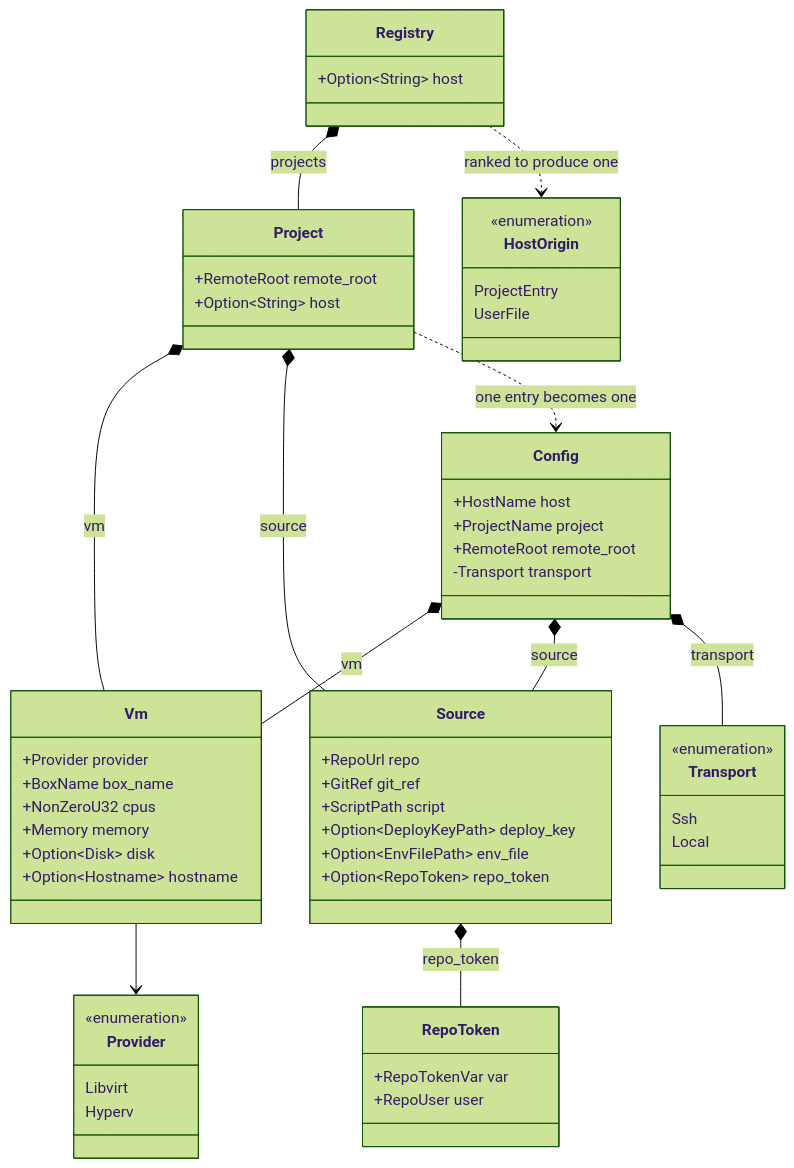
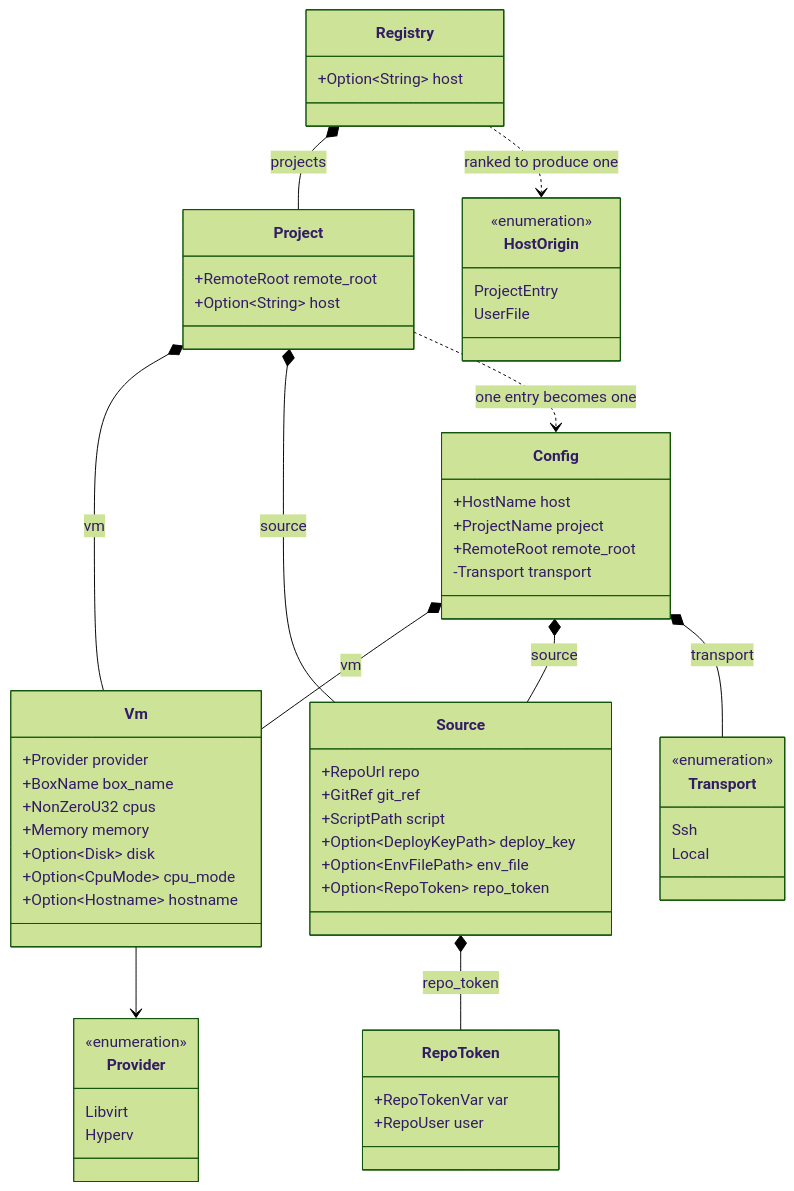
One commit to breki/bombyx changed the third of 6 diagrams in docs/architecture.md. Above: the diagram before and after it, drawn with Mermaid (forest theme). The commit also changed 5 other files, not shown here.

````diff
--- a/docs/architecture.md
+++ b/docs/architecture.md
@@ -145,62 +145,63 @@
 ```mermaid
 classDiagram
   class Config {
     +HostName host
     +ProjectName project
     +RemoteRoot remote_root
     -Transport transport
   }
   class Vm {
     +Provider provider
     +BoxName box_name
     +NonZeroU32 cpus
     +Memory memory
     +Option~Disk~ disk
+    +Option~CpuMode~ cpu_mode
     +Option~Hostname~ hostname
   }
   class Source {
     +RepoUrl repo
     +GitRef git_ref
     +ScriptPath script
     +Option~DeployKeyPath~ deploy_key
     +Option~EnvFilePath~ env_file
     +Option~RepoToken~ repo_token
   }
   class RepoToken {
     +RepoTokenVar var
     +RepoUser user
   }
   class Provider {
     <<enumeration>>
     Libvirt
     Hyperv
   }
   class Registry {
     +Option~String~ host
   }
   class Project {
     +RemoteRoot remote_root
     +Option~String~ host
   }
   class HostOrigin {
     <<enumeration>>
     ProjectEntry
     UserFile
   }
   class Transport {
     <<enumeration>>
     Ssh
     Local
   }
 
   Config *-- Vm : vm
   Config *-- Source : source
   Config *-- Transport : transport
   Registry *-- Project : projects
   Project *-- Vm : vm
   Project *-- Source : source
   Project ..> Config : one entry becomes one
   Vm --> Provider
   Source *-- RepoToken : repo_token
   Registry ..> HostOrigin : ranked to produce one
 ```
````
